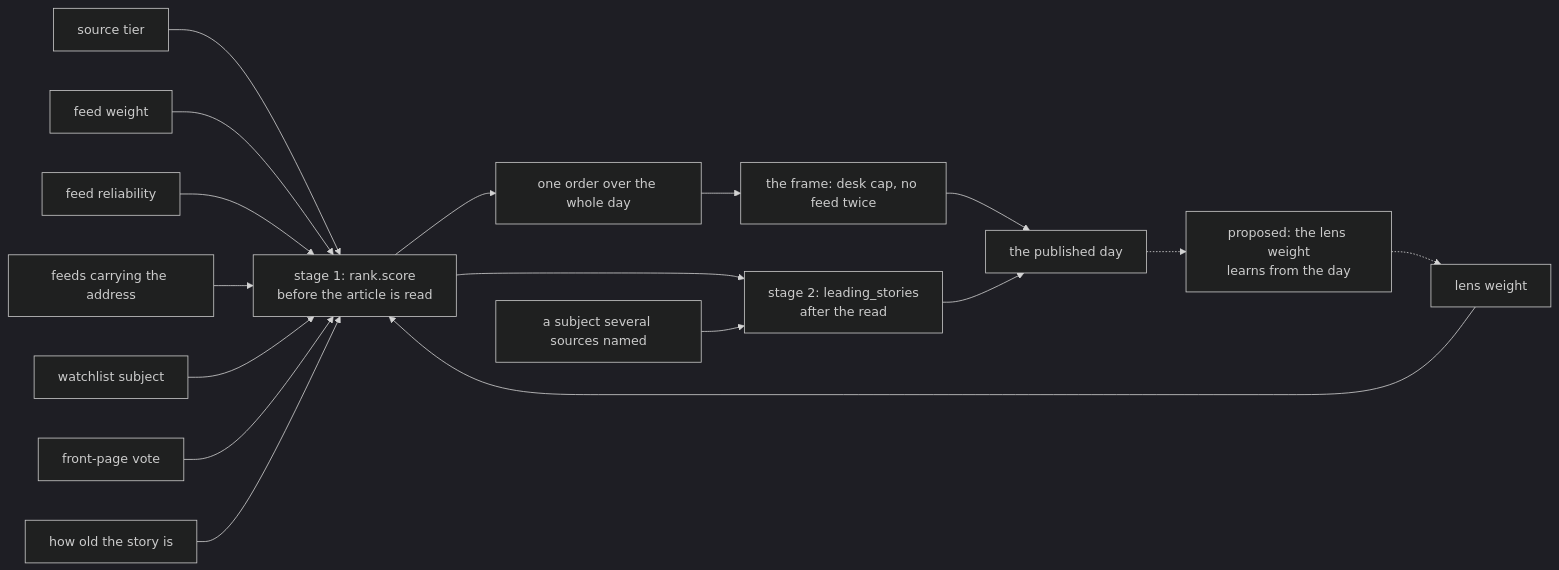
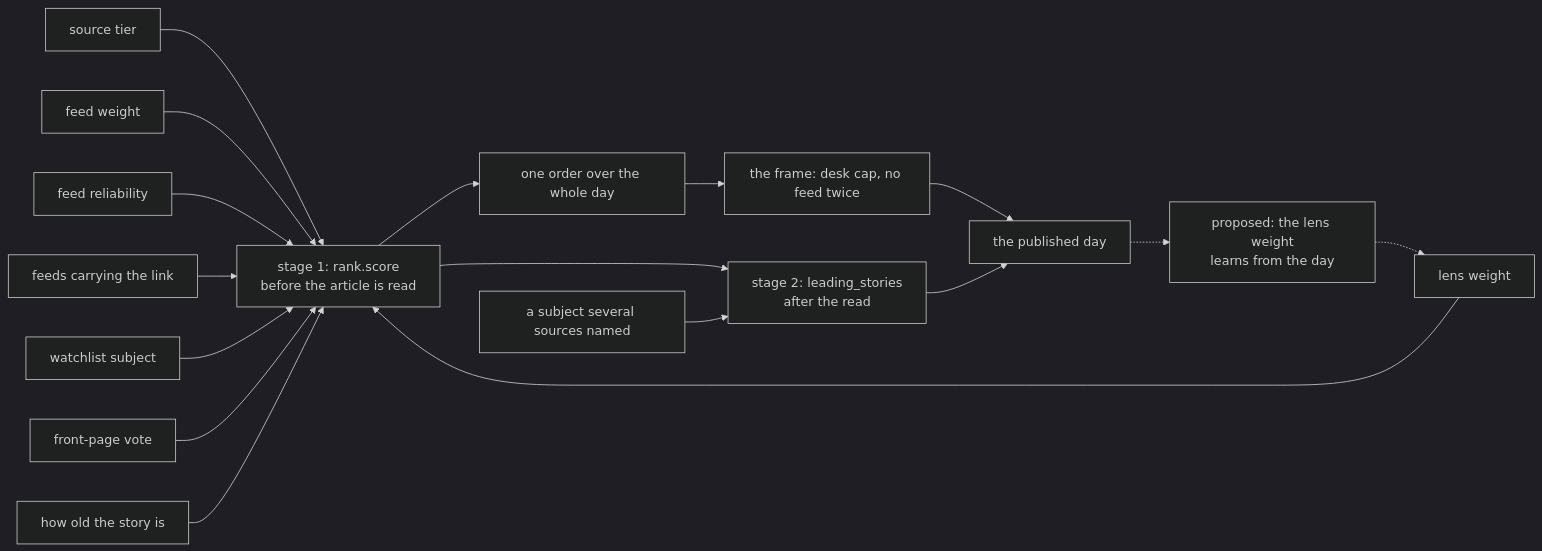
The diagram in docs/concepts/placement.md (miztiik/yen-idhazh), drawn with Mermaid (dark theme) before and after one commit.

Commit message:
Say link, not address, in the diagram
Reader's call on the prose reached the prose and not the one node label
that repeats it. A person who has not read discovery.md reads "address"
as a street.

````diff
--- a/docs/concepts/placement.md
+++ b/docs/concepts/placement.md
@@ -123,19 +123,19 @@
 ```mermaid
 flowchart LR
   tier["source tier"] --> s1
   fw["feed weight"] --> s1
   rel["feed reliability"] --> s1
-  carried["feeds carrying the address"] --> s1
+  carried["feeds carrying the link"] --> s1
   watch["watchlist subject"] --> s1
   front["front-page vote"] --> s1
   lens["lens weight"] --> s1
   age["how old the story is"] --> s1
   s1["stage 1: rank.score<br/>before the article is read"] --> order["one order over the whole day"]
   s1 --> s2["stage 2: leading_stories<br/>after the read"]
   subject["a subject several sources named"] --> s2
   order --> frame["the frame: desk cap, no feed twice"]
   frame --> page["the published day"]
   s2 --> page
   page -.-> loop["proposed: the lens weight<br/>learns from the day"]
   loop -.-> lens
 ```
````
